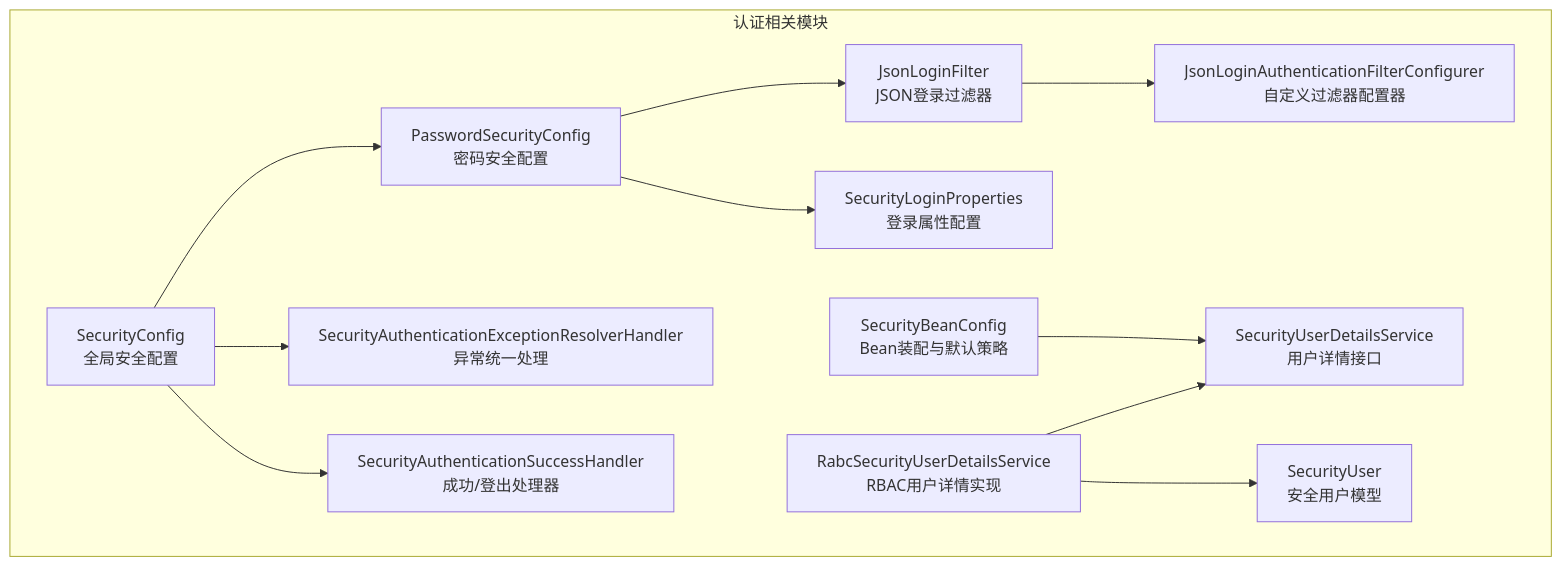
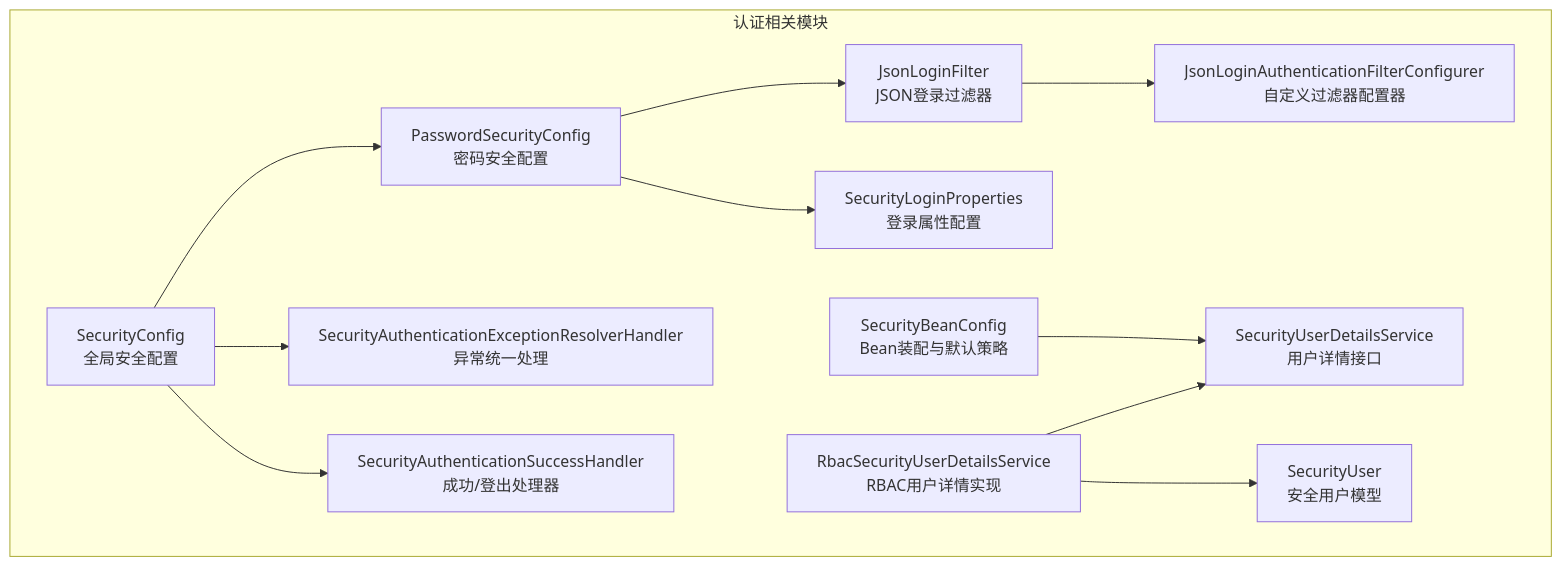
Before and after one commit to LiukewenSC/kewen-framework: the first of 5 diagrams in .qoder/repowiki/zh/content/权限系统 (qy-auth)/安全配置 (auth-spring-boot-starter)/密码认证机制.md, drawn with Mermaid. The commit also changed other lines of this file and 764 other files, not shown here.

````diff
--- a/.qoder/repowiki/zh/content/权限系统 (qy-auth)/安全配置 (auth-spring-boot-starter)/密码认证机制.md
+++ b/.qoder/repowiki/zh/content/权限系统 (qy-auth)/安全配置 (auth-spring-boot-starter)/密码认证机制.md
@@ -44,25 +44,25 @@
 ```mermaid
 graph TB
 subgraph "认证相关模块"
 A["JsonLoginFilter<br/>JSON登录过滤器"]
 B["JsonLoginAuthenticationFilterConfigurer<br/>自定义过滤器配置器"]
 C["PasswordSecurityConfig<br/>密码安全配置"]
 D["SecurityLoginProperties<br/>登录属性配置"]
 E["SecurityConfig<br/>全局安全配置"]
 F["SecurityBeanConfig<br/>Bean装配与默认策略"]
 G["SecurityUserDetailsService<br/>用户详情接口"]
-H["RabcSecurityUserDetailsService<br/>RBAC用户详情实现"]
+H["RbacSecurityUserDetailsService<br/>RBAC用户详情实现"]
 I["SecurityUser<br/>安全用户模型"]
 J["SecurityAuthenticationExceptionResolverHandler<br/>异常统一处理"]
 K["SecurityAuthenticationSuccessHandler<br/>成功/登出处理器"]
 end
 A --> B
 C --> A
 C --> D
 E --> C
 F --> G
 H --> G
 H --> I
 E --> J
 E --> K
 ```
````
